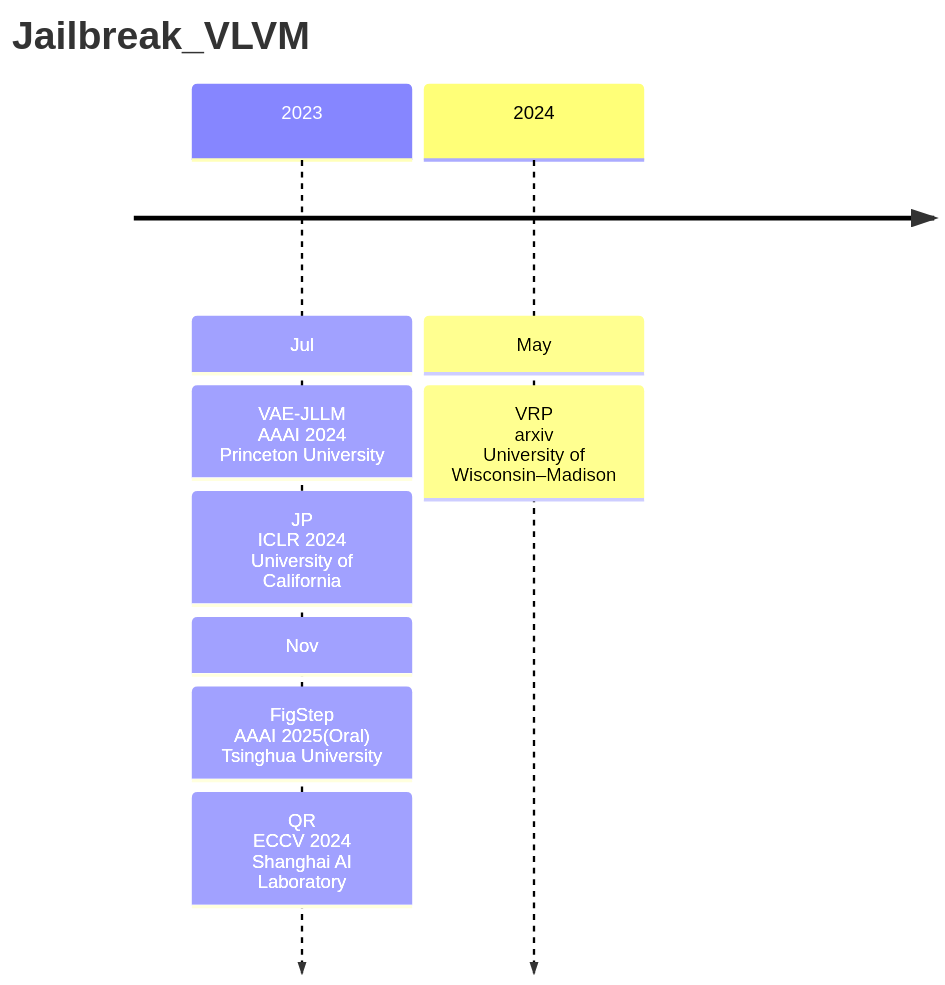
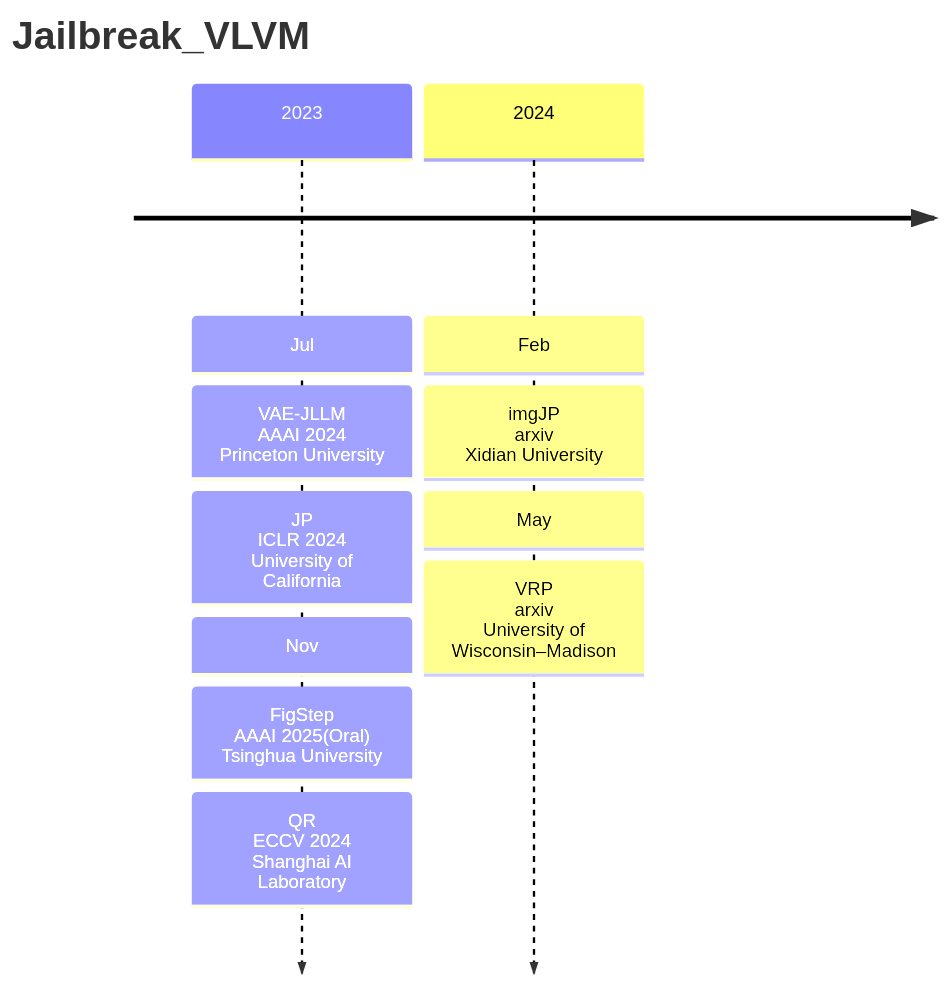
Before and after one commit to Elephant-King9/Paper: the first of 5 diagrams in Attack/Jailbreak/VLVM/analyse.md, drawn with Mermaid. The commit also changed other lines of this file and 5 other files, not shown here.

````diff
--- a/Attack/Jailbreak/VLVM/analyse.md
+++ b/Attack/Jailbreak/VLVM/analyse.md
@@ -5,13 +5,15 @@
 ```mermaid
 timeline
     title Jailbreak_VLVM
     	2023 : Jul
     			 : VAE-JLLM<br>AAAI 2024<br>Princeton University
     			 : JP<br>ICLR 2024<br>University of California
     			 : Nov
     			 : FigStep<br>AAAI 2025(Oral)<br>Tsinghua University
     			 : QR<br>ECCV 2024<br>Shanghai AI Laboratory
-    	2024 : May
+    	2024 : Feb
+    			 : imgJP<br>arxiv<br>Xidian University
+    			 : May
     			 : VRP<br>arxiv<br>University of Wisconsin–Madison
  
 ```
````
